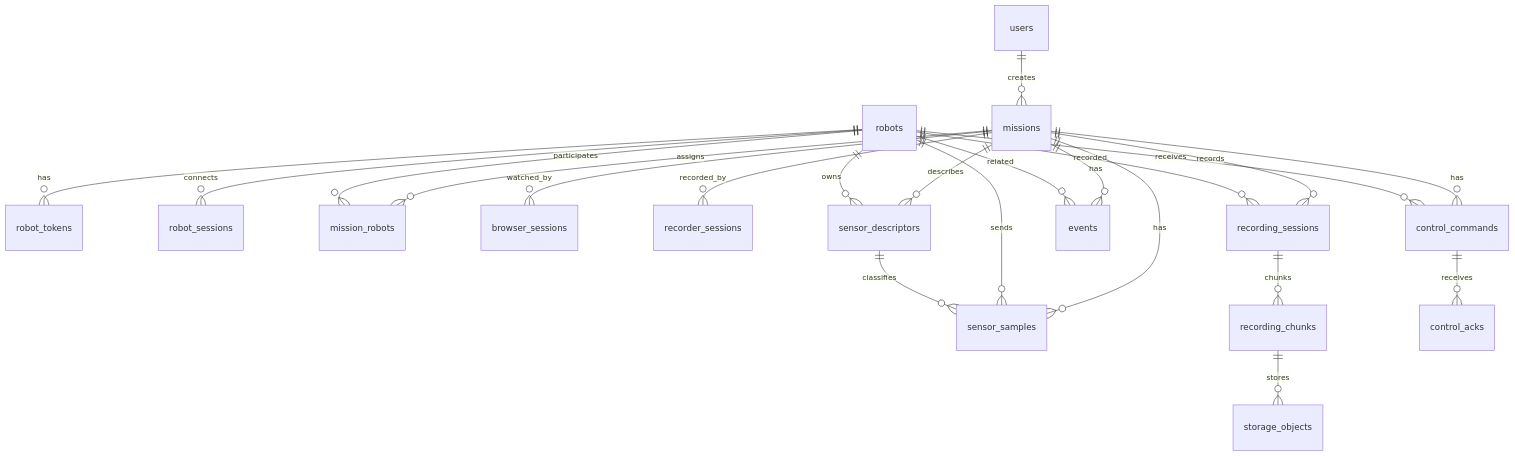
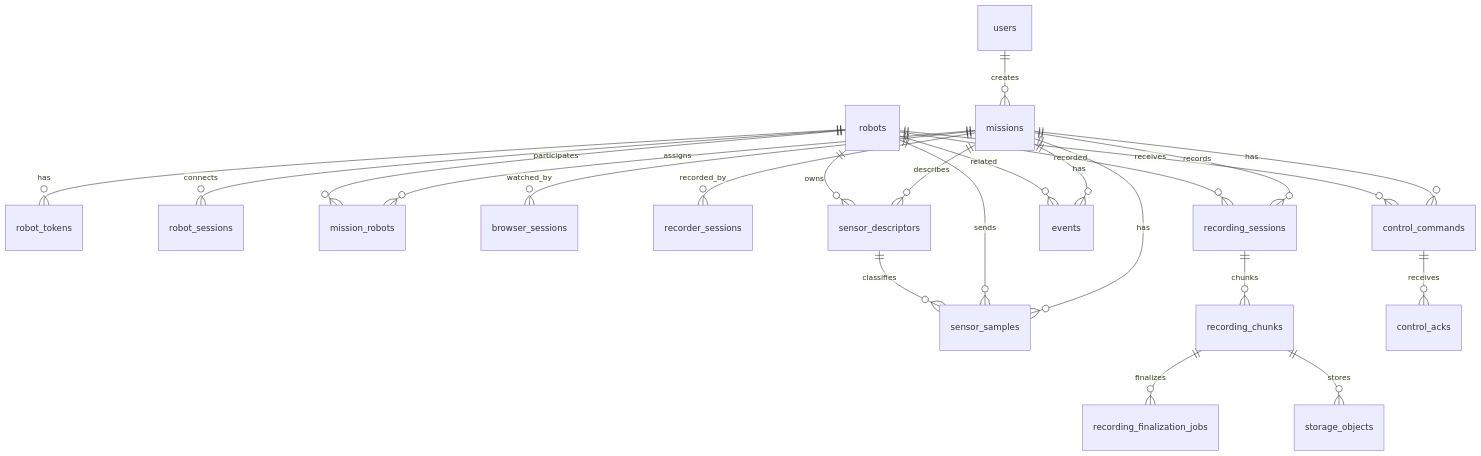
Before and after one commit to dhkimxx/robot-center: the diagram in docs/stable/data-storage.md, drawn with Mermaid. The commit also changed other lines of this file and 26 other files, not shown here.

Commit message:
Harden recording finalization flow

````diff
--- a/docs/stable/data-storage.md
+++ b/docs/stable/data-storage.md
@@ -99,27 +103,28 @@
 ```mermaid
 erDiagram
   users ||--o{ missions : creates
   robots ||--o{ robot_tokens : has
   robots ||--o{ robot_sessions : connects
   missions ||--o{ mission_robots : assigns
   robots ||--o{ mission_robots : participates
   missions ||--o{ browser_sessions : watched_by
   missions ||--o{ recorder_sessions : recorded_by
 
   missions ||--o{ sensor_descriptors : describes
   robots ||--o{ sensor_descriptors : owns
   missions ||--o{ sensor_samples : has
   robots ||--o{ sensor_samples : sends
   sensor_descriptors ||--o{ sensor_samples : classifies
 
   missions ||--o{ recording_sessions : records
   robots ||--o{ recording_sessions : recorded
   recording_sessions ||--o{ recording_chunks : chunks
+  recording_chunks ||--o{ recording_finalization_jobs : finalizes
   recording_chunks ||--o{ storage_objects : stores
 
   missions ||--o{ events : has
   robots ||--o{ events : related
   missions ||--o{ control_commands : has
   robots ||--o{ control_commands : receives
   control_commands ||--o{ control_acks : receives
 ```
````
